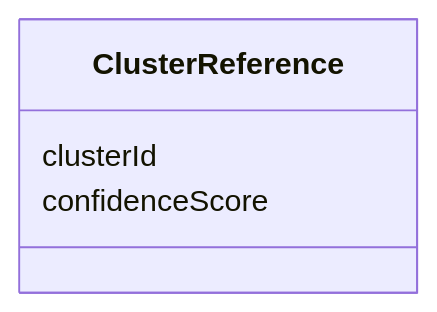
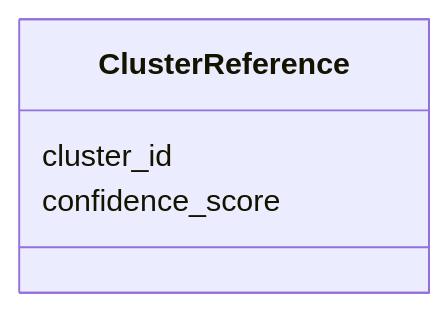
The diagram in docs/schema/ClusterReference.md (OP-TED/entity-resolution-spec), drawn with Mermaid before and after one commit. The commit also changed other lines of this file and 88 other files, not shown here.

````diff
--- a/docs/schema/ClusterReference.md
+++ b/docs/schema/ClusterReference.md
@@ -32,10 +32,10 @@
 ```mermaid
  classDiagram
     class ClusterReference
     click ClusterReference href "../ClusterReference/"
-      ClusterReference : clusterId
+      ClusterReference : cluster_id
         
-      ClusterReference : confidenceScore
+      ClusterReference : confidence_score
         
       
 ```
````
